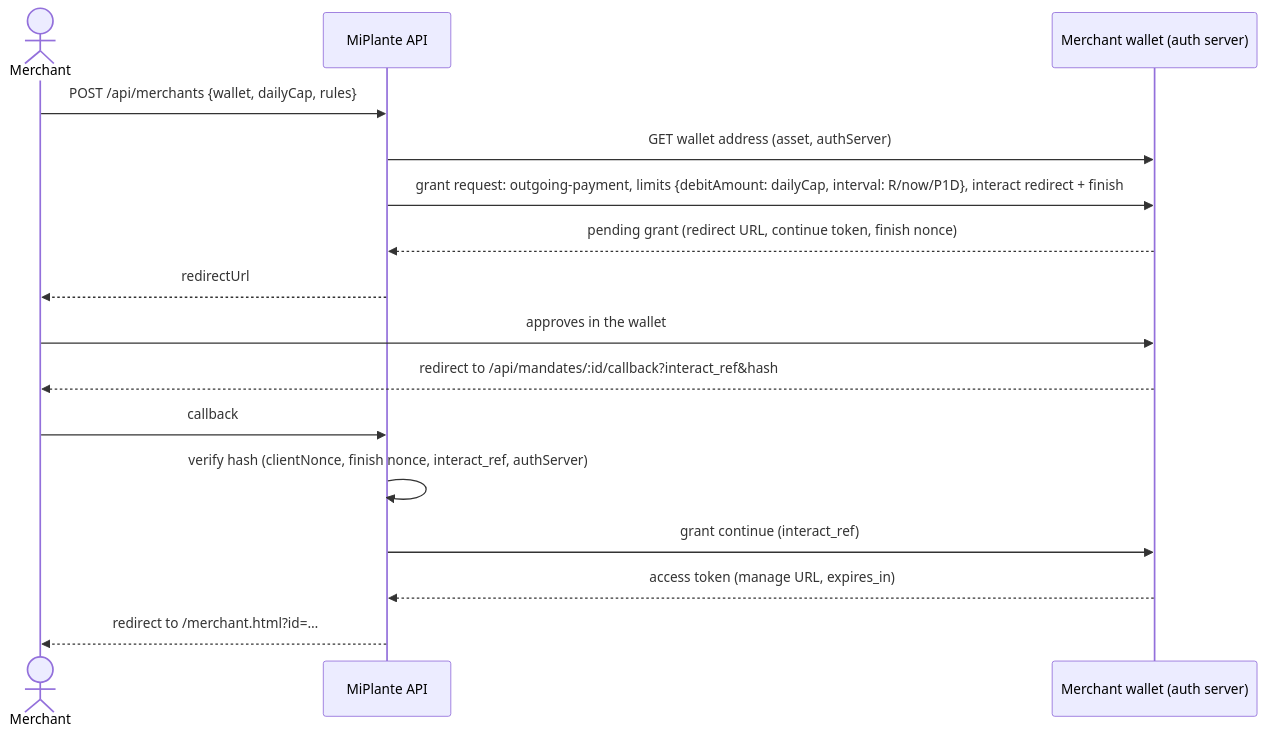
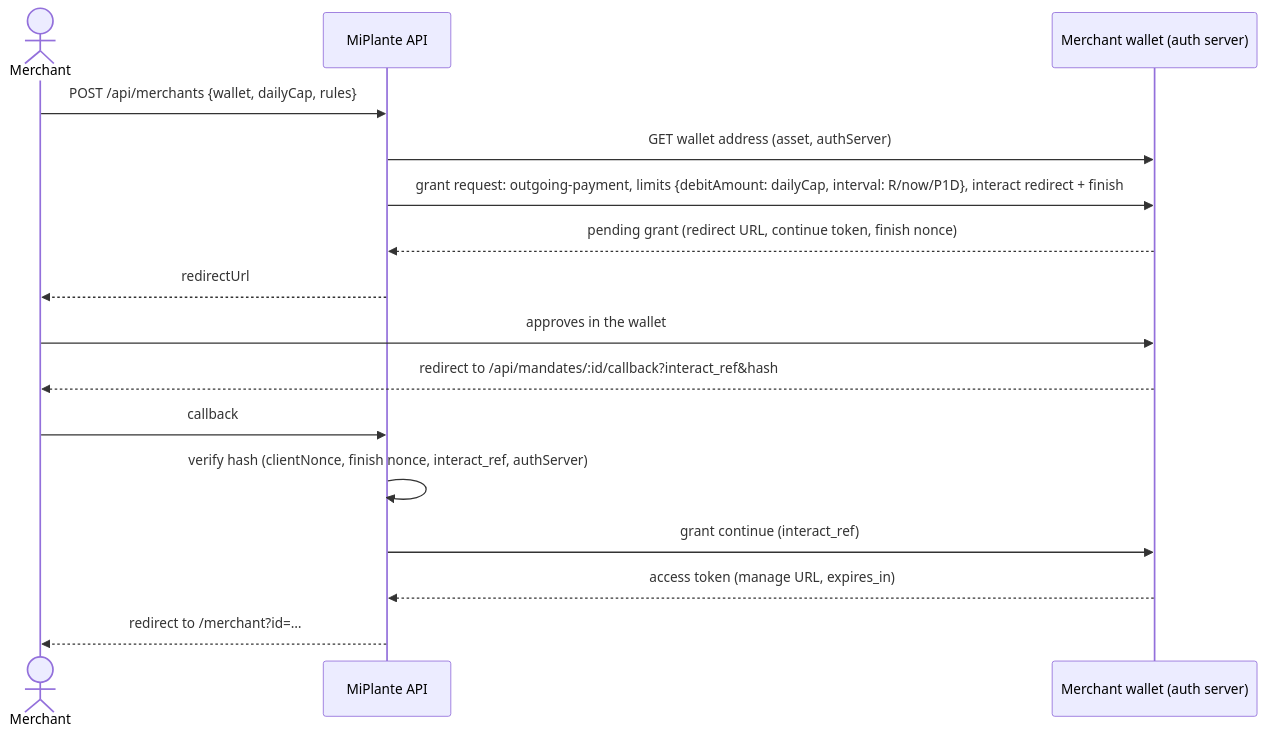
One commit to JuanMCanchala/interledger_hackathon changed the fourth of 6 diagrams in docs/SYSTEM_DESIGN.md. Above: the diagram before and after it, drawn with Mermaid. The commit also changed 6 other files, not shown here.

````diff
--- a/docs/SYSTEM_DESIGN.md
+++ b/docs/SYSTEM_DESIGN.md
@@ -164,18 +164,18 @@
 ```mermaid
 sequenceDiagram
   actor M as Merchant
   participant A as MiPlante API
   participant W as Merchant wallet (auth server)
   M->>A: POST /api/merchants {wallet, dailyCap, rules}
   A->>W: GET wallet address (asset, authServer)
   A->>W: grant request: outgoing-payment, limits {debitAmount: dailyCap, interval: R/now/P1D}, interact redirect + finish
   W-->>A: pending grant (redirect URL, continue token, finish nonce)
   A-->>M: redirectUrl
   M->>W: approves in the wallet
   W-->>M: redirect to /api/mandates/:id/callback?interact_ref&hash
   M->>A: callback
   A->>A: verify hash (clientNonce, finish nonce, interact_ref, authServer)
   A->>W: grant continue (interact_ref)
   W-->>A: access token (manage URL, expires_in)
-  A-->>M: redirect to /merchant.html?id=…
+  A-->>M: redirect to /merchant?id=…
 ```
````
